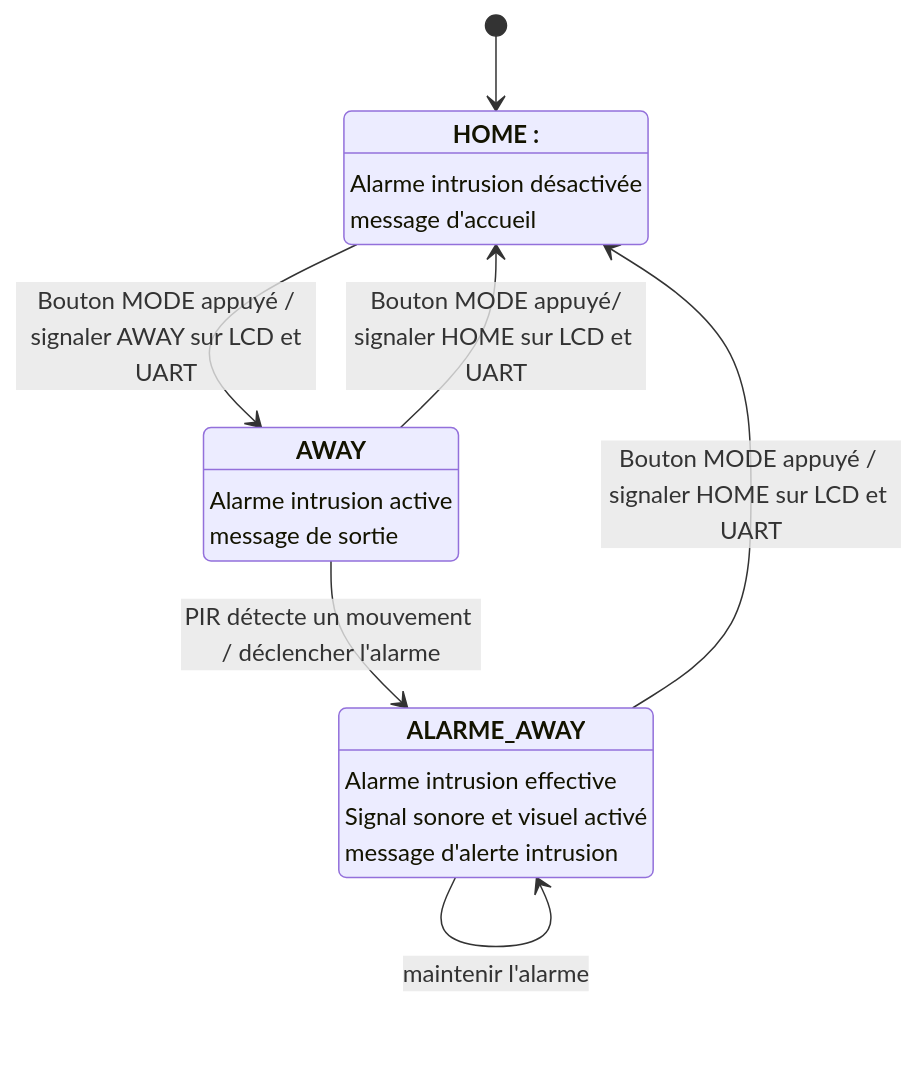
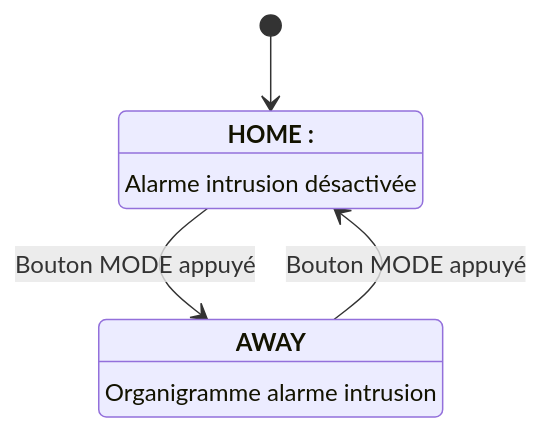
One commit to benoitdekeyn/E4SE_TD_TP changed the second of 2 diagrams in architecture_numeriques_embarquees/STM32CubeIDE_v1.19.0/Rapport/Rapport.md. Above: the diagram before and after it, drawn with Mermaid. The commit also changed other lines of this file and 2 other files, not shown here.

````diff
--- a/architecture_numeriques_embarquees/STM32CubeIDE_v1.19.0/Rapport/Rapport.md
+++ b/architecture_numeriques_embarquees/STM32CubeIDE_v1.19.0/Rapport/Rapport.md
@@ -542,18 +557,11 @@
 ```mermaid
 stateDiagram
   direction TB
   [*] --> HOME
-  HOME --> AWAY:Bouton MODE appuyé /<br> signaler AWAY sur LCD et UART
-  AWAY --> HOME:Bouton MODE appuyé/<br>signaler HOME sur LCD et UART
-  AWAY --> ALARME_AWAY:PIR détecte un mouvement / déclencher l'alarme
-  ALARME_AWAY --> HOME:Bouton MODE appuyé / signaler HOME sur LCD et UART
-  ALARME_AWAY --> ALARME_AWAY:maintenir l'alarme
+  HOME --> AWAY:Bouton MODE appuyé
+  AWAY --> HOME:Bouton MODE appuyé
   HOME:<b>HOME :</b>
-HOME:Alarme intrusion désactivée<br>message d'accueil<br>
-
+HOME:Alarme intrusion désactivée<br>
   AWAY:<b>AWAY</b>
-AWAY:Alarme intrusion active<br>message de sortie<br>
-ALARME_AWAY:<b>ALARME_AWAY<b>
-ALARME_AWAY:Alarme intrusion effective<br>Signal sonore et visuel activé<br>message d'alerte intrusion</b>
-
+AWAY:Organigramme alarme intrusion<br>
 ```
````
